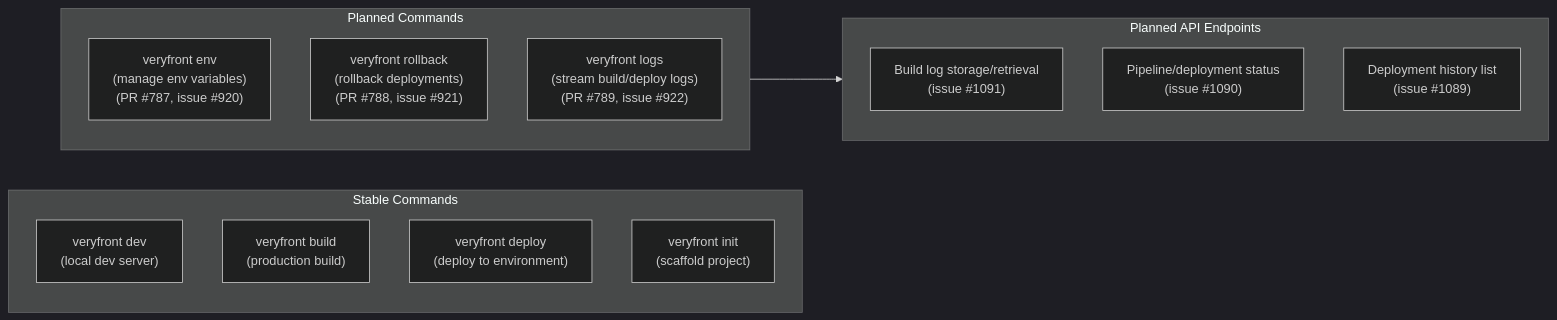
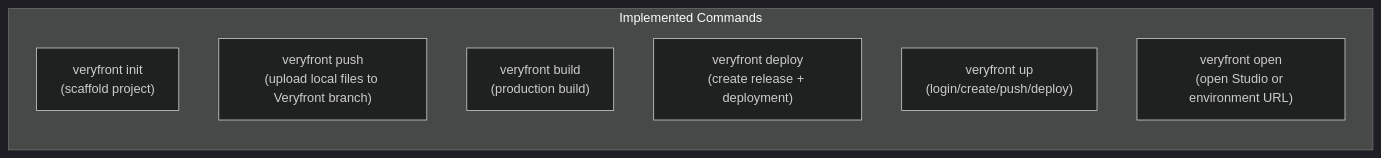
The sixth of 6 diagrams in docs/architecture/05-deployment-platform.md (veryfront/veryfront-code), drawn with Mermaid (dark theme) before and after one commit. The commit also changed other lines of this file and 28 other files, not shown here.

````diff
--- a/docs/architecture/05-deployment-platform.md
+++ b/docs/architecture/05-deployment-platform.md
@@ -366,23 +357,11 @@
 ```mermaid
 graph LR
-    subgraph Stable["Stable Commands"]
-        Dev["veryfront dev<br/>(local dev server)"]
+    subgraph Current["Implemented Commands"]
+        Init["veryfront init<br/>(scaffold project)"]
+        Push["veryfront push<br/>(upload local files to Veryfront branch)"]
         Build["veryfront build<br/>(production build)"]
-        Deploy["veryfront deploy<br/>(deploy to environment)"]
-        Init["veryfront init<br/>(scaffold project)"]
+        Deploy["veryfront deploy<br/>(create release + deployment)"]
+        Up["veryfront up<br/>(login/create/push/deploy)"]
+        Open["veryfront open<br/>(open Studio or environment URL)"]
     end
-
-    subgraph Planned["Planned Commands"]
-        Env["veryfront env<br/>(manage env variables)<br/>(PR #787, issue #920)"]
-        Rollback["veryfront rollback<br/>(rollback deployments)<br/>(PR #788, issue #921)"]
-        Logs["veryfront logs<br/>(stream build/deploy logs)<br/>(PR #789, issue #922)"]
-    end
-
-    subgraph PlannedAPI["Planned API Endpoints"]
-        BuildLogs["Build log storage/retrieval<br/>(issue #1091)"]
-        PipelineStatus["Pipeline/deployment status<br/>(issue #1090)"]
-        DeployHistory["Deployment history list<br/>(issue #1089)"]
-    end
-
-    Planned --> PlannedAPI
 ```
````
